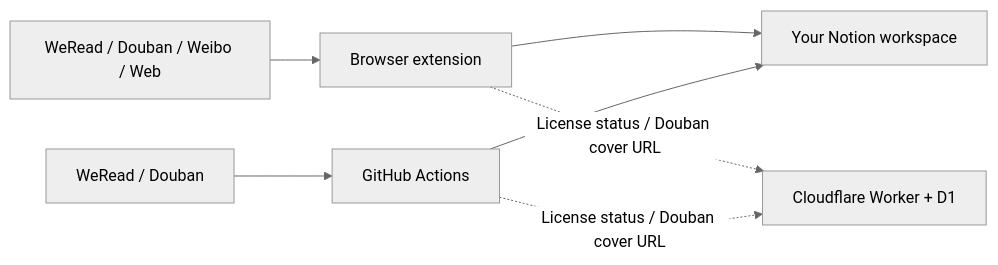
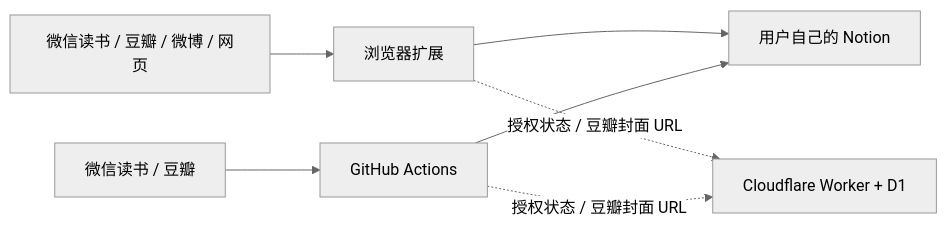
The diagram in README.md (zengyincen/TunNest), drawn with Mermaid (neutral theme) before and after one commit. The commit also changed other lines of this file and 1 other file, not shown here.

````diff
--- a/README.md
+++ b/README.md
@@ -600,9 +588,9 @@
 ```mermaid
 flowchart LR
-  A["WeRead / Douban / Weibo / Web"] --> B["Browser extension"]
-  C["WeRead / Douban"] --> D["GitHub Actions"]
-  B --> E["Your Notion workspace"]
+  A["微信读书 / 豆瓣 / 微博 / 网页"] --> B["浏览器扩展"]
+  C["微信读书 / 豆瓣"] --> D["GitHub Actions"]
+  B --> E["用户自己的 Notion"]
   D --> E
-  B -. "License status / Douban cover URL" .-> F["Cloudflare Worker + D1"]
-  D -. "License status / Douban cover URL" .-> F
+  B -. "授权状态 / 豆瓣封面 URL" .-> F["Cloudflare Worker + D1"]
+  D -. "授权状态 / 豆瓣封面 URL" .-> F
 ```
````
